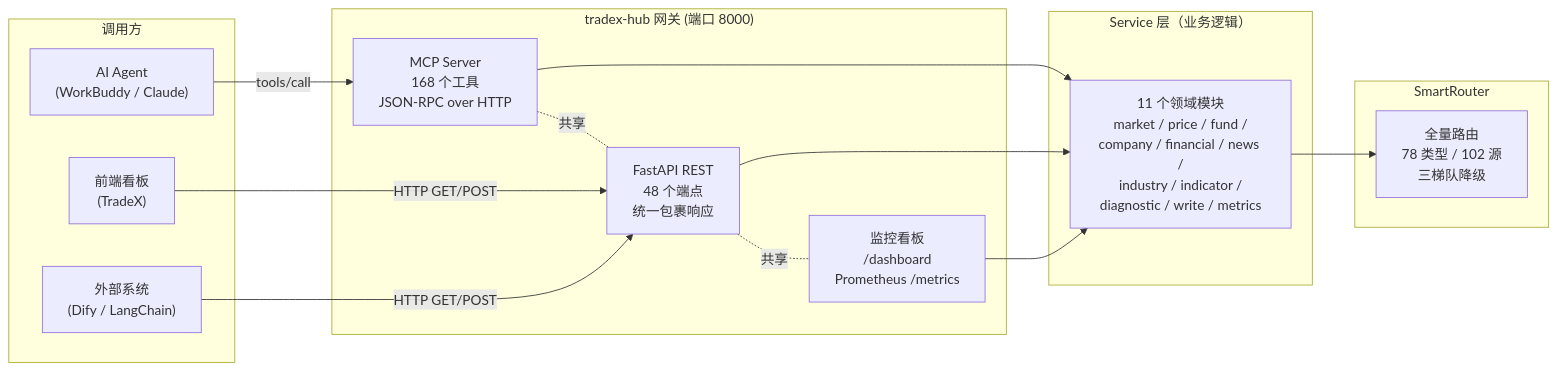
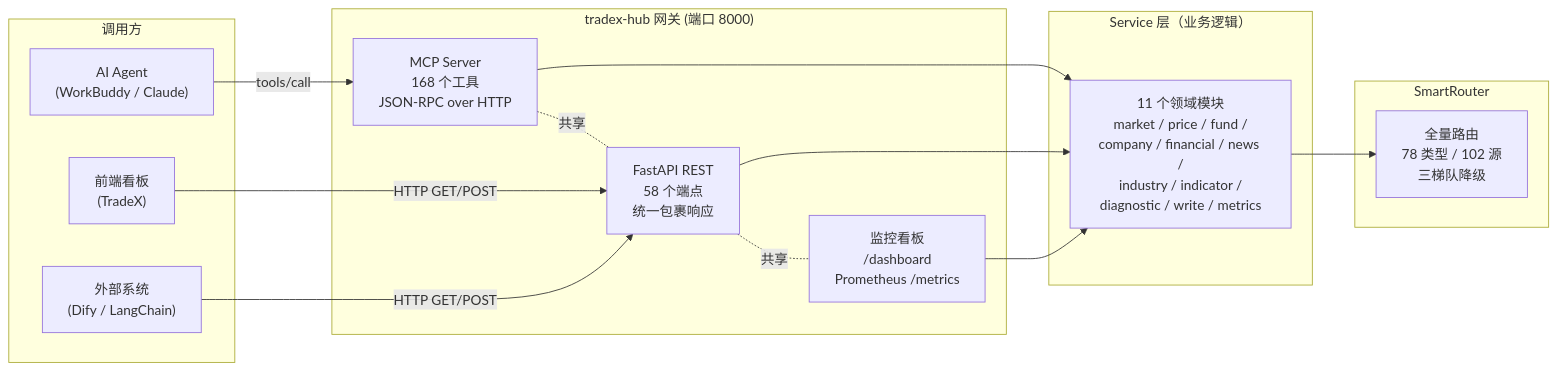
Before and after one commit to wolfjkd/tradex-hub: the first of 2 diagrams in README.md, drawn with Mermaid. The commit also changed other lines of this file and 2 other files, not shown here.

````diff
--- a/README.md
+++ b/README.md
@@ -97,32 +97,32 @@
 ```mermaid
 flowchart LR
     subgraph Caller["调用方"]
         A1["AI Agent<br/>(WorkBuddy / Claude)"]
         A2["前端看板<br/>(TradeX)"]
         A3["外部系统<br/>(Dify / LangChain)"]
     end
 
     subgraph Gateway["tradex-hub 网关 (端口 8000)"]
         B1["MCP Server<br/>168 个工具<br/>JSON-RPC over HTTP"]
-        B2["FastAPI REST<br/>48 个端点<br/>统一包裹响应"]
+        B2["FastAPI REST<br/>58 个端点<br/>统一包裹响应"]
         B3["监控看板<br/>/dashboard<br/>Prometheus /metrics"]
         B1 -.共享.- B2
         B2 -.共享.- B3
     end
 
     subgraph Service["Service 层（业务逻辑）"]
         C1["11 个领域模块<br/>market / price / fund /<br/>company / financial / news /<br/>industry / indicator /<br/>diagnostic / write / metrics"]
     end
 
     subgraph Router["SmartRouter"]
         D1["全量路由<br/>78 类型 / 102 源<br/>三梯队降级"]
     end
 
     A1 -->|tools/call| B1
     A2 -->|HTTP GET/POST| B2
     A3 -->|HTTP GET/POST| B2
     B1 --> C1
     B2 --> C1
     B3 --> C1
     C1 --> D1
 ```
````
